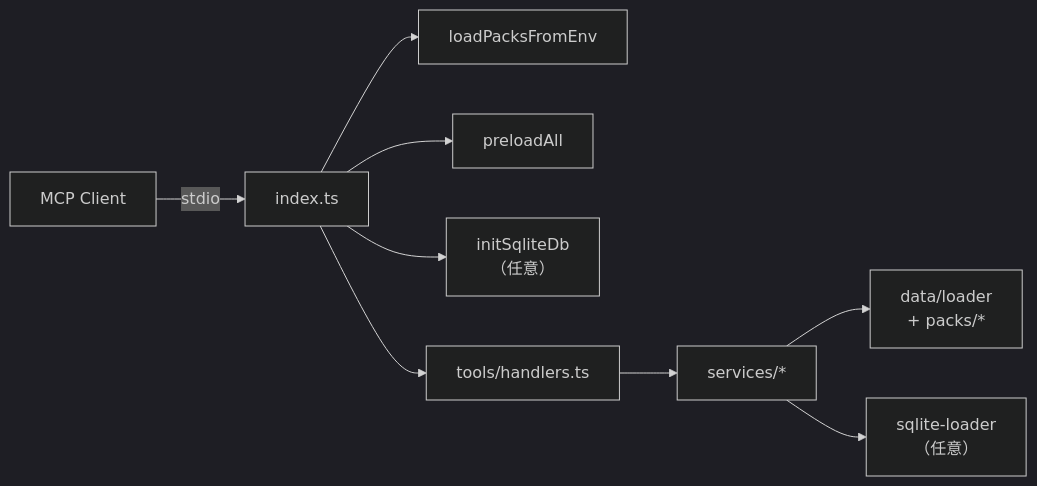
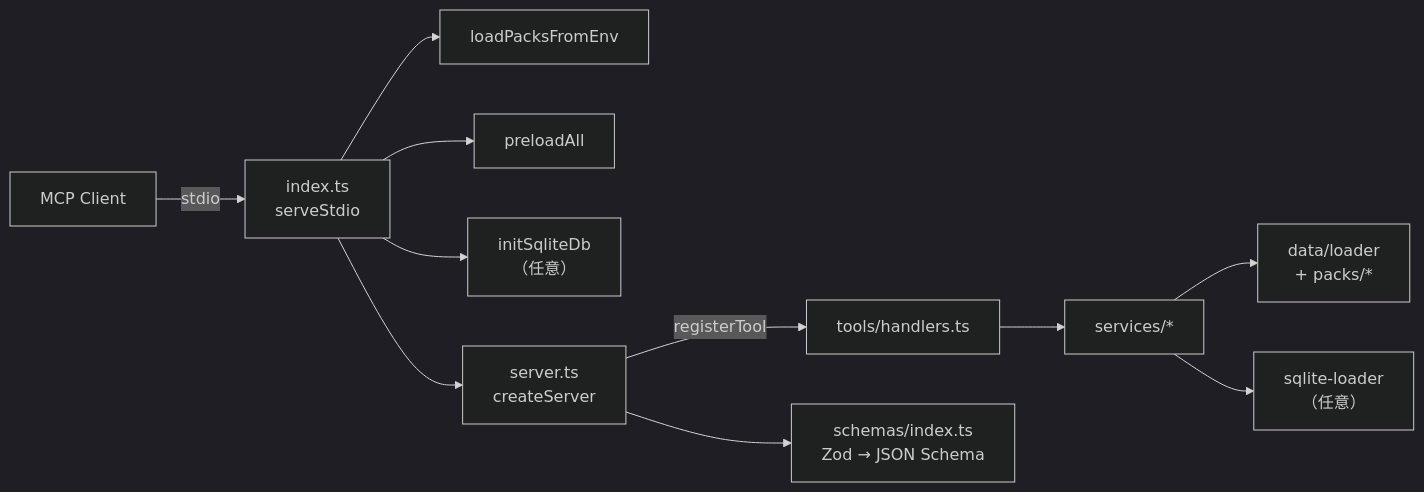
Before and after one commit to shuji-bonji/epsg-mcp: the diagram in docs/project-architecture.md, drawn with Mermaid (dark theme). The commit also changed other lines of this file and 7 other files, not shown here.

````diff
--- a/docs/project-architecture.md
+++ b/docs/project-architecture.md
@@ -72,11 +73,13 @@
 ```mermaid
 flowchart LR
-  A[MCP Client] -->|stdio| B[index.ts]
+  A[MCP Client] -->|stdio| B[index.ts<br/>serveStdio]
   B --> C[loadPacksFromEnv]
   B --> D[preloadAll]
   B --> E[initSqliteDb<br/>（任意）]
-  B --> F[tools/handlers.ts]
+  B --> S[server.ts<br/>createServer]
+  S -->|registerTool| F[tools/handlers.ts]
+  S --> Z[schemas/index.ts<br/>Zod → JSON Schema]
   F --> G[services/*]
   G --> H[data/loader<br/>+ packs/*]
   G --> I[sqlite-loader<br/>（任意）]
 ```
````
